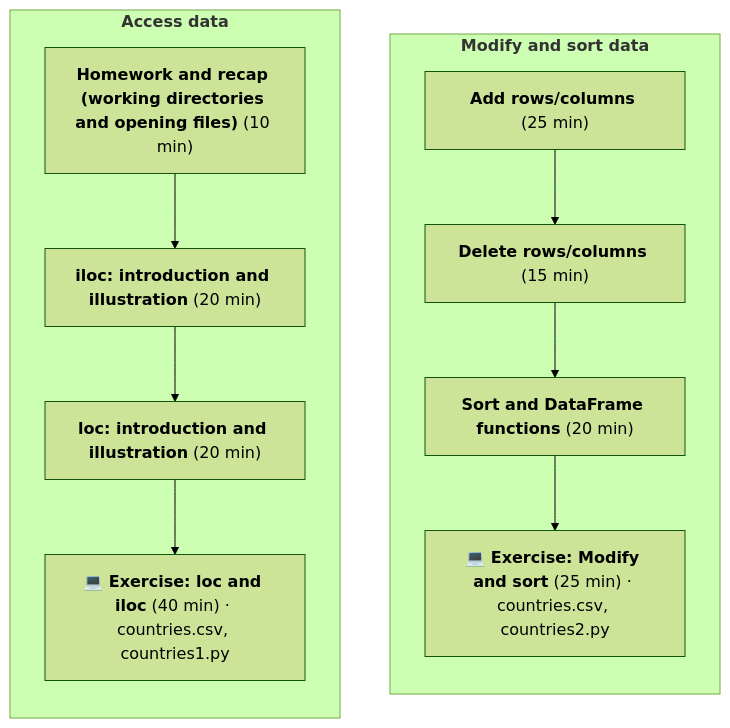
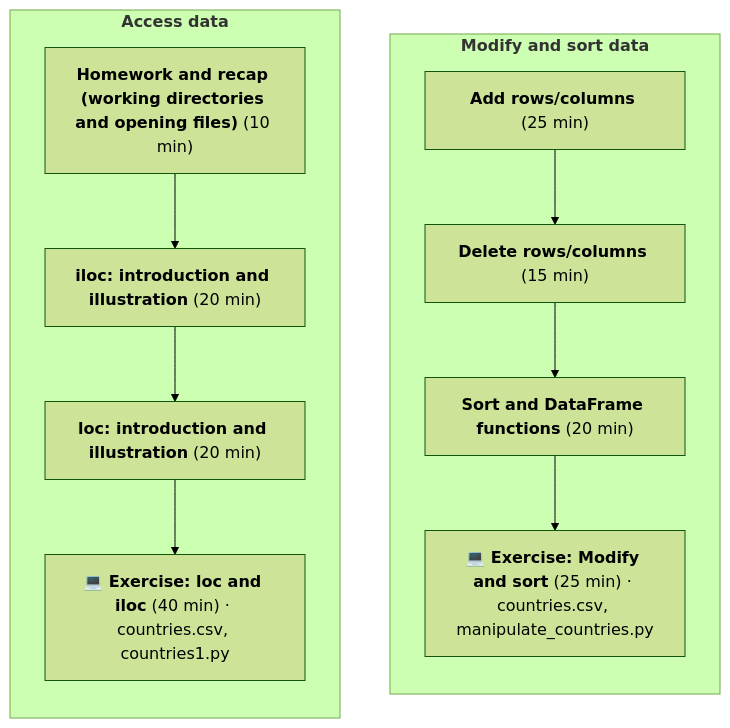
Before and after one commit to fs-ise/introduction-to-programming: the diagram in notes/session_05.qmd, drawn with Mermaid (forest theme). The commit also changed other lines of this file and 67 other files, not shown here.

````diff
--- a/notes/session_05.qmd
+++ b/notes/session_05.qmd
@@ -14,26 +14,26 @@
 ```{mermaid}
 %%| fig-width: 6
 
 flowchart
 
   subgraph RIGHT["<b>Modify and sort data</b>"]
     direction TB
     B1["<b>Add rows/columns</b> (25 min)"]
     B2["<b>Delete rows/columns</b> (15 min)"]
     B3["<b>Sort and DataFrame functions</b> (20 min)"]
-    B4["<b>💻 Exercise: Modify and sort</b> (25 min) · countries.csv, countries2.py"]
+    B4["<b>💻 Exercise: Modify and sort</b> (25 min) · countries.csv, manipulate_countries.py"]
 
     B1 --> B2 --> B3 --> B4
   end
 
   subgraph LEFT["<b>Access data</b>"]
     direction TB
     A1["<b>Homework and recap (working directories and opening files)</b> (10 min)"]
     A2["<b>iloc: introduction and illustration</b> (20 min)"]
     A3["<b>loc: introduction and illustration</b> (20 min)"]
     A4["<b>💻 Exercise: loc and iloc</b> (40 min) · countries.csv, countries1.py"]
 
     A1 --> A2 --> A3 --> A4
   end
 
 ```
````
